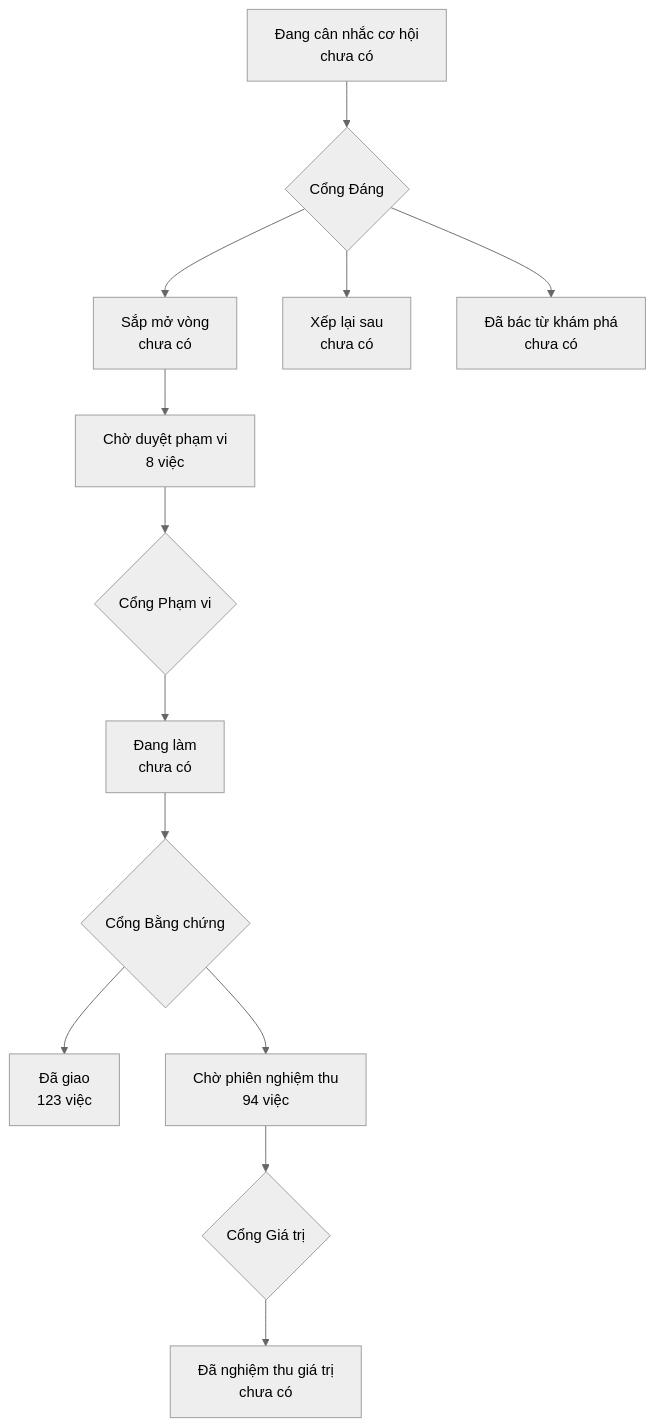
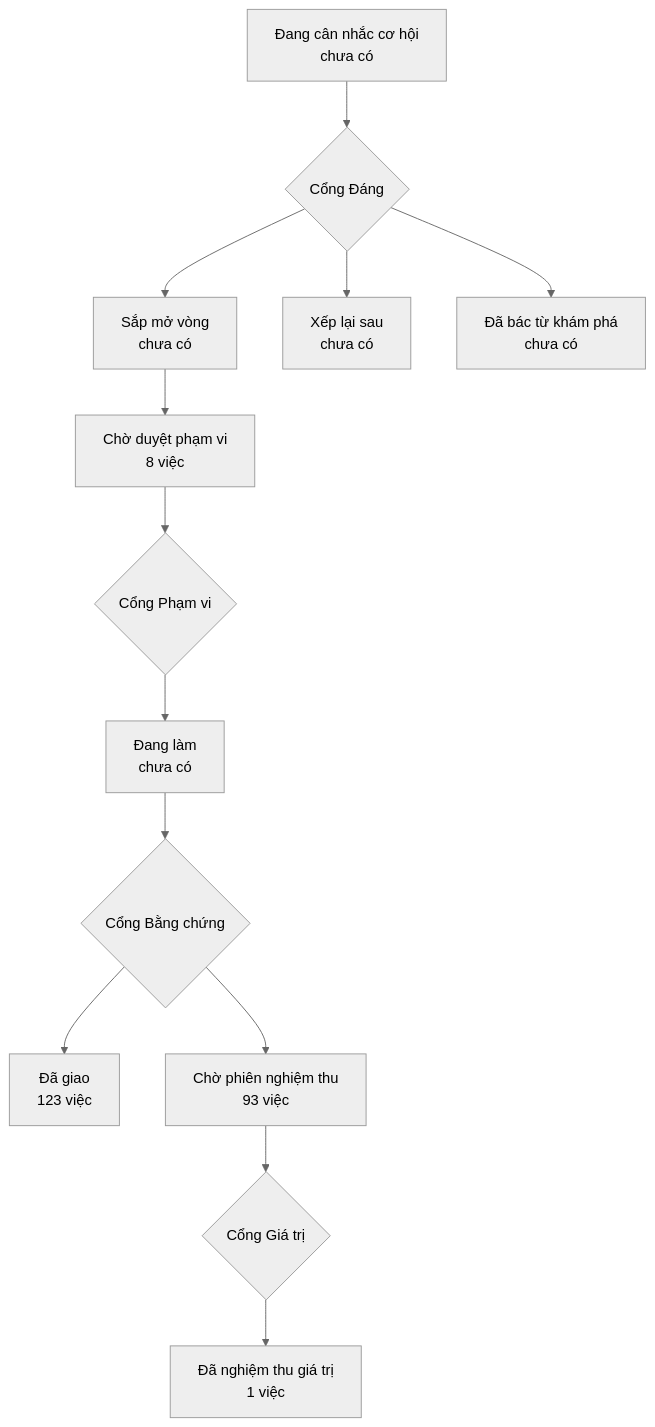
The diagram in PRODUCT-MAP.md (phanlemanh/onehub-invest), drawn with Mermaid (neutral theme) before and after one commit. The commit also changed other lines of this file and 3 other files, not shown here.

First line of the commit message:
docs(people-hien-so-goc): ghi phiên nghiệm thu, verdict iterate

````diff
--- a/PRODUCT-MAP.md
+++ b/PRODUCT-MAP.md
@@ -7,12 +7,12 @@
 ```mermaid
 flowchart TD
   A["Đang cân nhắc cơ hội<br/>chưa có"] --> GD{"Cổng Đáng"}
   GD --> B["Sắp mở vòng<br/>chưa có"]
   GD --> XL["Xếp lại sau<br/>chưa có"]
   GD --> DB["Đã bác từ khám phá<br/>chưa có"]
   B --> CD["Chờ duyệt phạm vi<br/>8 việc"] --> GP{"Cổng Phạm vi"}
   GP --> DL["Đang làm<br/>chưa có"] --> GB{"Cổng Bằng chứng"}
   GB --> DG["Đã giao<br/>123 việc"]
-  GB --> CN["Chờ phiên nghiệm thu<br/>94 việc"] --> GG{"Cổng Giá trị"}
-  GG --> NT["Đã nghiệm thu giá trị<br/>chưa có"]
+  GB --> CN["Chờ phiên nghiệm thu<br/>93 việc"] --> GG{"Cổng Giá trị"}
+  GG --> NT["Đã nghiệm thu giá trị<br/>1 việc"]
 ```
````
